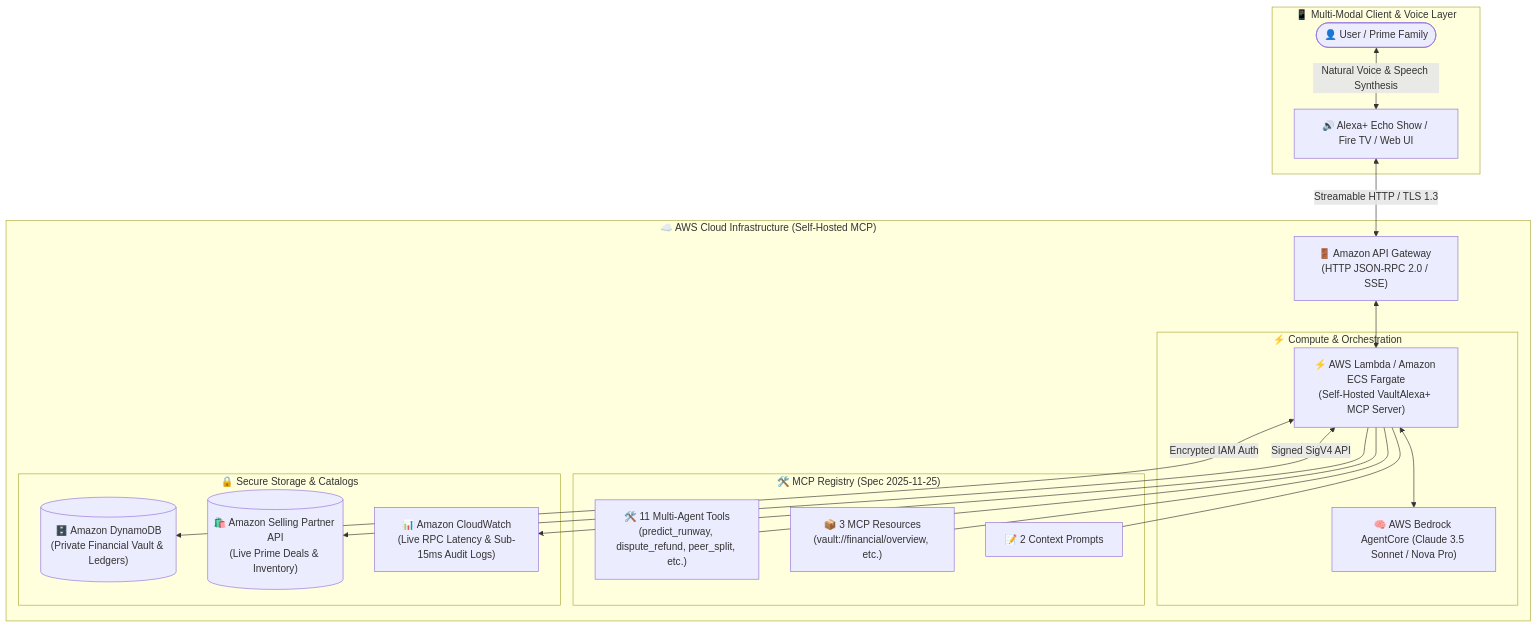
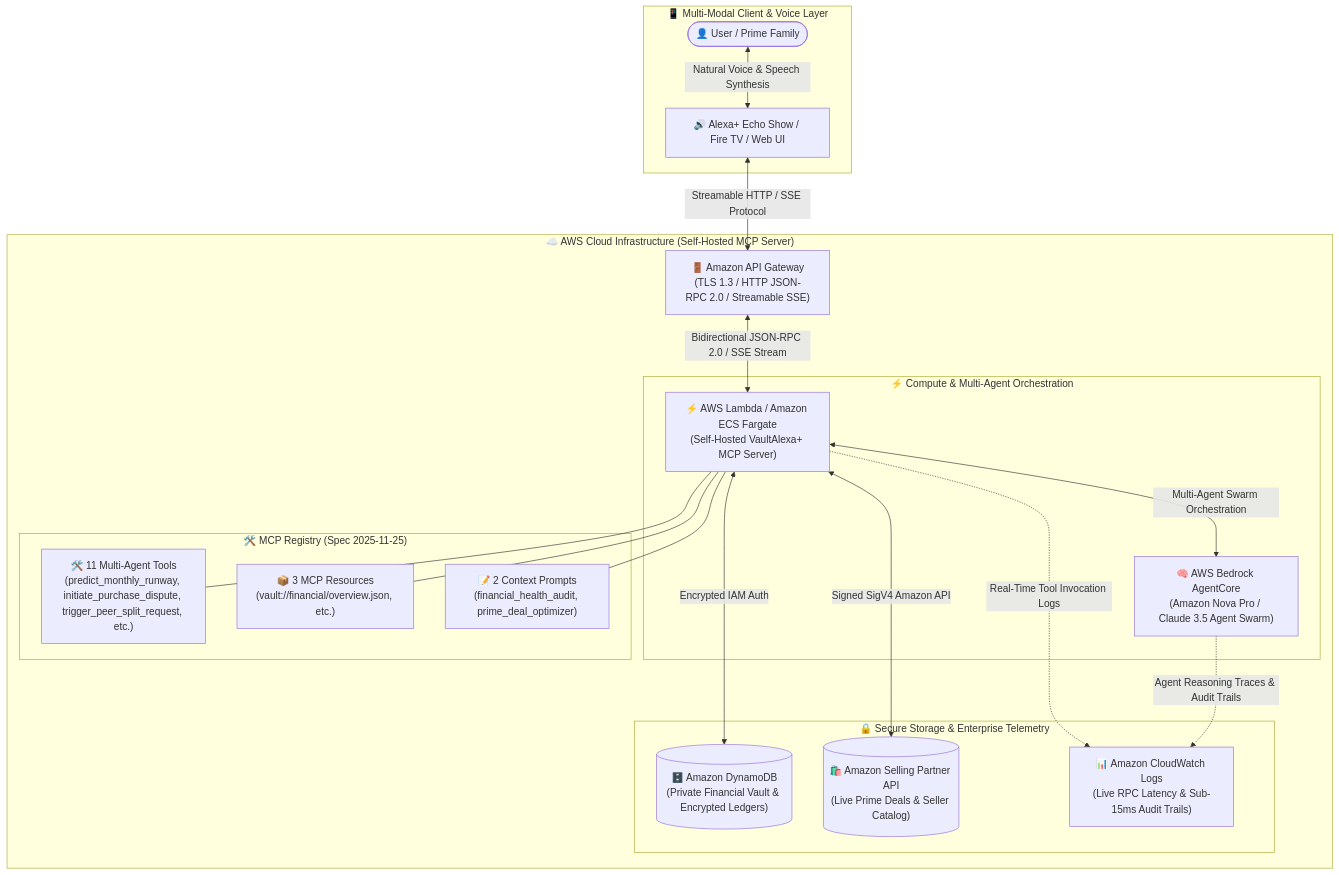
One commit to karyalangitdigital/vault-alexa-mcp changed the diagram in README.md. Above: the diagram before and after it, drawn with Mermaid. The commit also changed other lines of this file, not shown here.

Commit message:
docs(architecture): enhance Mermaid diagram with exact 11 tool identifiers, SSE streaming protocol labels, and CloudWatch reasoning audit trails

````diff
--- a/README.md
+++ b/README.md
@@ -50,39 +50,40 @@
 ```mermaid
 flowchart TD
     subgraph ClientLayer ["📱 Multi-Modal Client & Voice Layer"]
         User(["👤 User / Prime Family"])
         AlexaDevice["🔊 Alexa+ Echo Show / Fire TV / Web UI"]
         User <-->|Natural Voice & Speech Synthesis| AlexaDevice
     end
 
-    subgraph AWSCloud ["☁️ AWS Cloud Infrastructure (Self-Hosted MCP)"]
-        APIGateway["🚪 Amazon API Gateway (HTTP JSON-RPC 2.0 / SSE)"]
+    subgraph AWSCloud ["☁️ AWS Cloud Infrastructure (Self-Hosted MCP Server)"]
+        APIGateway["🚪 Amazon API Gateway\n(TLS 1.3 / HTTP JSON-RPC 2.0 / Streamable SSE)"]
         
-        subgraph ComputeLayer ["⚡ Compute & Orchestration"]
-            BedrockAgent["🧠 AWS Bedrock AgentCore (Claude 3.5 Sonnet / Nova Pro)"]
+        subgraph ComputeLayer ["⚡ Compute & Multi-Agent Orchestration"]
+            BedrockAgent["🧠 AWS Bedrock AgentCore\n(Amazon Nova Pro / Claude 3.5 Agent Swarm)"]
             LambdaMCP["⚡ AWS Lambda / Amazon ECS Fargate\n(Self-Hosted VaultAlexa+ MCP Server)"]
         end
 
         subgraph MCPRegistry ["🛠️ MCP Registry (Spec 2025-11-25)"]
-            MCPTools["🛠️ 11 Multi-Agent Tools\n(predict_runway, dispute_refund, peer_split, etc.)"]
-            MCPResources["📦 3 MCP Resources\n(vault://financial/overview, etc.)"]
-            MCPPrompts["📝 2 Context Prompts"]
+            MCPTools["🛠️ 11 Multi-Agent Tools\n(predict_monthly_runway, initiate_purchase_dispute, trigger_peer_split_request, etc.)"]
+            MCPResources["📦 3 MCP Resources\n(vault://financial/overview.json, etc.)"]
+            MCPPrompts["📝 2 Context Prompts\n(financial_health_audit, prime_deal_optimizer)"]
         end
 
-        subgraph StorageLayer ["🔒 Secure Storage & Catalogs"]
-            DynamoDB[("🗄️ Amazon DynamoDB\n(Private Financial Vault & Ledgers)")]
-            AmazonCatalog[("🛍️ Amazon Selling Partner API\n(Live Prime Deals & Inventory)")]
-            CloudWatch["📊 Amazon CloudWatch\n(Live RPC Latency & Sub-15ms Audit Logs)"]
+        subgraph StorageLayer ["🔒 Secure Storage & Enterprise Telemetry"]
+            DynamoDB[("🗄️ Amazon DynamoDB\n(Private Financial Vault & Encrypted Ledgers)")]
+            AmazonCatalog[("🛍️ Amazon Selling Partner API\n(Live Prime Deals & Seller Catalog)")]
+            CloudWatch["📊 Amazon CloudWatch Logs\n(Live RPC Latency & Sub-15ms Audit Trails)"]
         end
     end
 
-    AlexaDevice <-->|Streamable HTTP / TLS 1.3| APIGateway
-    APIGateway <--> LambdaMCP
-    LambdaMCP <--> BedrockAgent
+    AlexaDevice <-->|Streamable HTTP / SSE Protocol| APIGateway
+    APIGateway <-->|Bidirectional JSON-RPC 2.0 / SSE Stream| LambdaMCP
+    LambdaMCP <-->|Multi-Agent Swarm Orchestration| BedrockAgent
     LambdaMCP --- MCPTools
     LambdaMCP --- MCPResources
     LambdaMCP --- MCPPrompts
     LambdaMCP <-->|Encrypted IAM Auth| DynamoDB
-    LambdaMCP <-->|Signed SigV4 API| AmazonCatalog
-    LambdaMCP --> CloudWatch
+    LambdaMCP <-->|Signed SigV4 Amazon API| AmazonCatalog
+    LambdaMCP -.->|Real-Time Tool Invocation Logs| CloudWatch
+    BedrockAgent -.->|Agent Reasoning Traces & Audit Trails| CloudWatch
 ```
````
